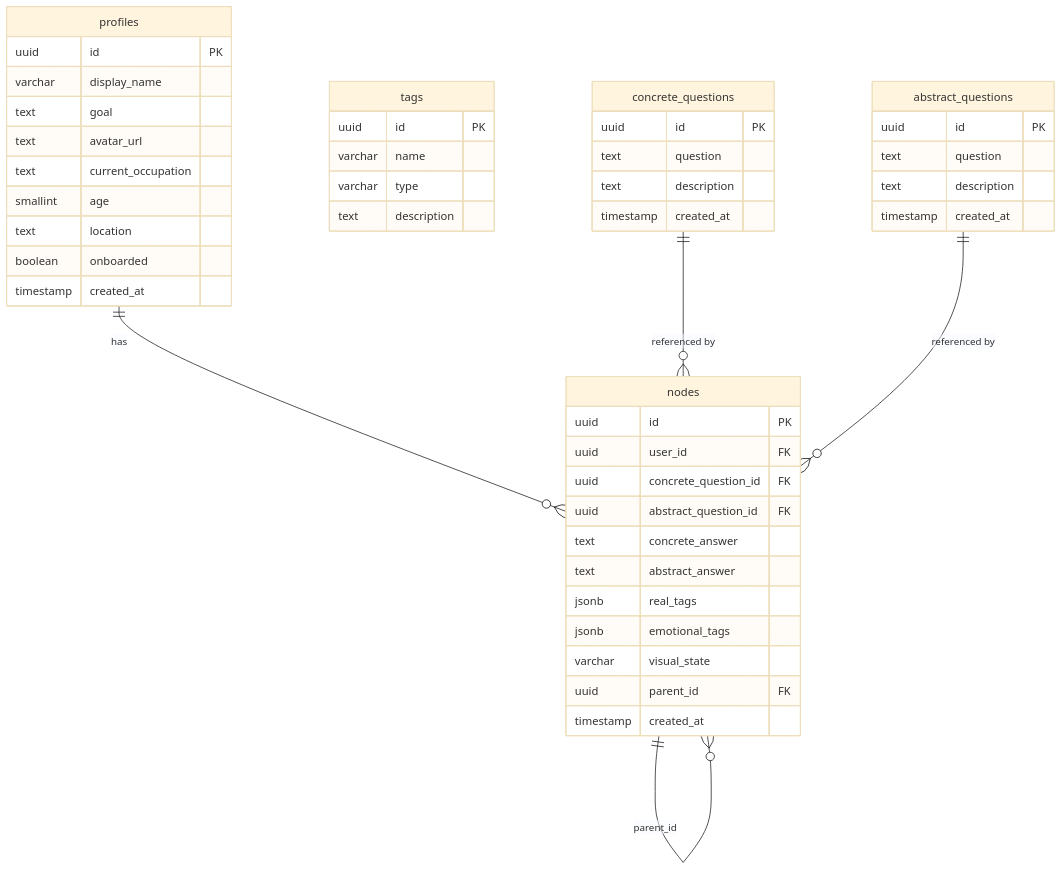
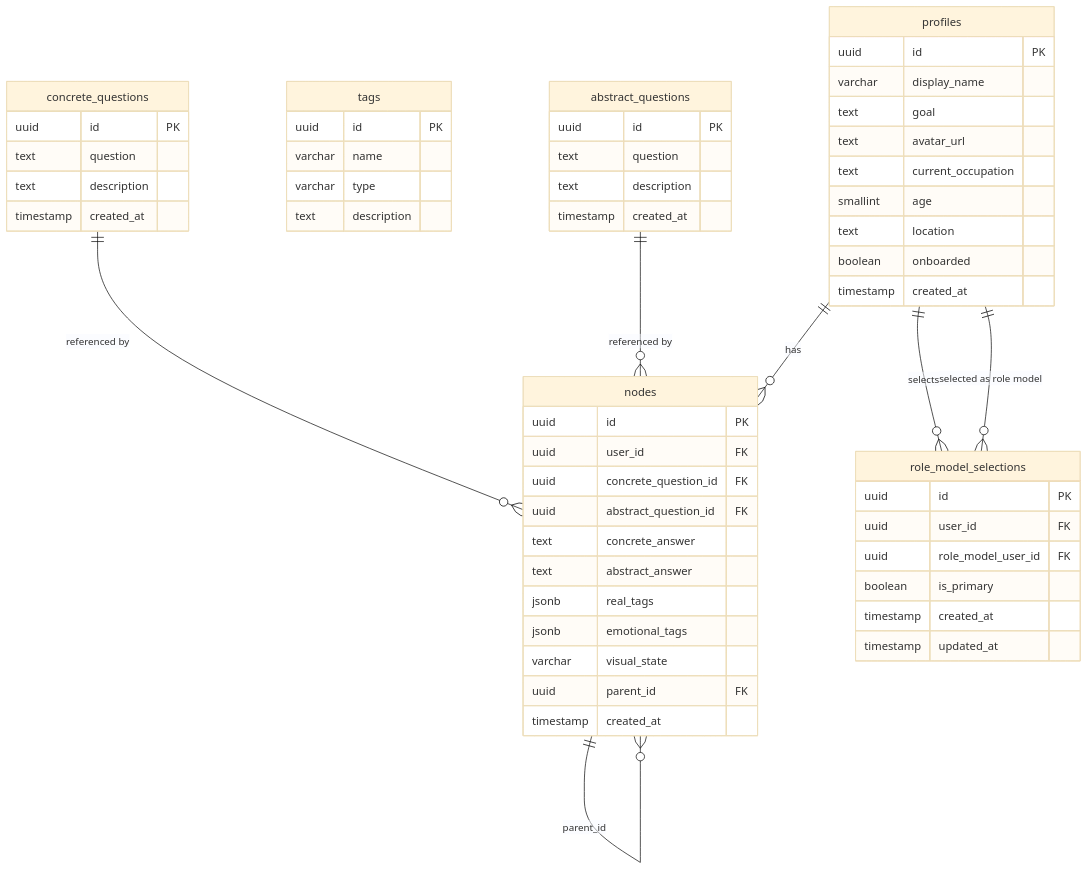
The diagram in docs/details/05_erd.md (Asheze1127/hackathon-2026-in-apu), drawn with Mermaid (base theme) before and after one commit. The commit also changed other lines of this file and 11 other files, not shown here.

````diff
--- a/docs/details/05_erd.md
+++ b/docs/details/05_erd.md
@@ -32,54 +33,65 @@
 ```mermaid
 erDiagram
     profiles {
         uuid id PK
         varchar display_name
         text goal
         text avatar_url
         text current_occupation
         smallint age
         text location
         boolean onboarded
         timestamp created_at
     }
 
     tags {
         uuid id PK
         varchar name
         varchar type
         text description
     }
 
     abstract_questions {
         uuid id PK
         text question
         text description
         timestamp created_at
     }
 
     concrete_questions {
         uuid id PK
         text question
         text description
         timestamp created_at
     }
 
     nodes {
         uuid id PK
         uuid user_id FK
         uuid concrete_question_id FK
         uuid abstract_question_id FK
         text concrete_answer
         text abstract_answer
         jsonb real_tags
         jsonb emotional_tags
         varchar visual_state
         uuid parent_id FK
         timestamp created_at
     }
 
+    role_model_selections {
+        uuid id PK
+        uuid user_id FK
+        uuid role_model_user_id FK
+        boolean is_primary
+        timestamp created_at
+        timestamp updated_at
+    }
+
     profiles ||--o{ nodes : "has"
+    profiles ||--o{ role_model_selections : "selects"
+    profiles ||--o{ role_model_selections : "selected as role model"
     concrete_questions ||--o{ nodes : "referenced by"
     abstract_questions ||--o{ nodes : "referenced by"
     nodes ||--o{ nodes : "parent_id"
 ```
````
